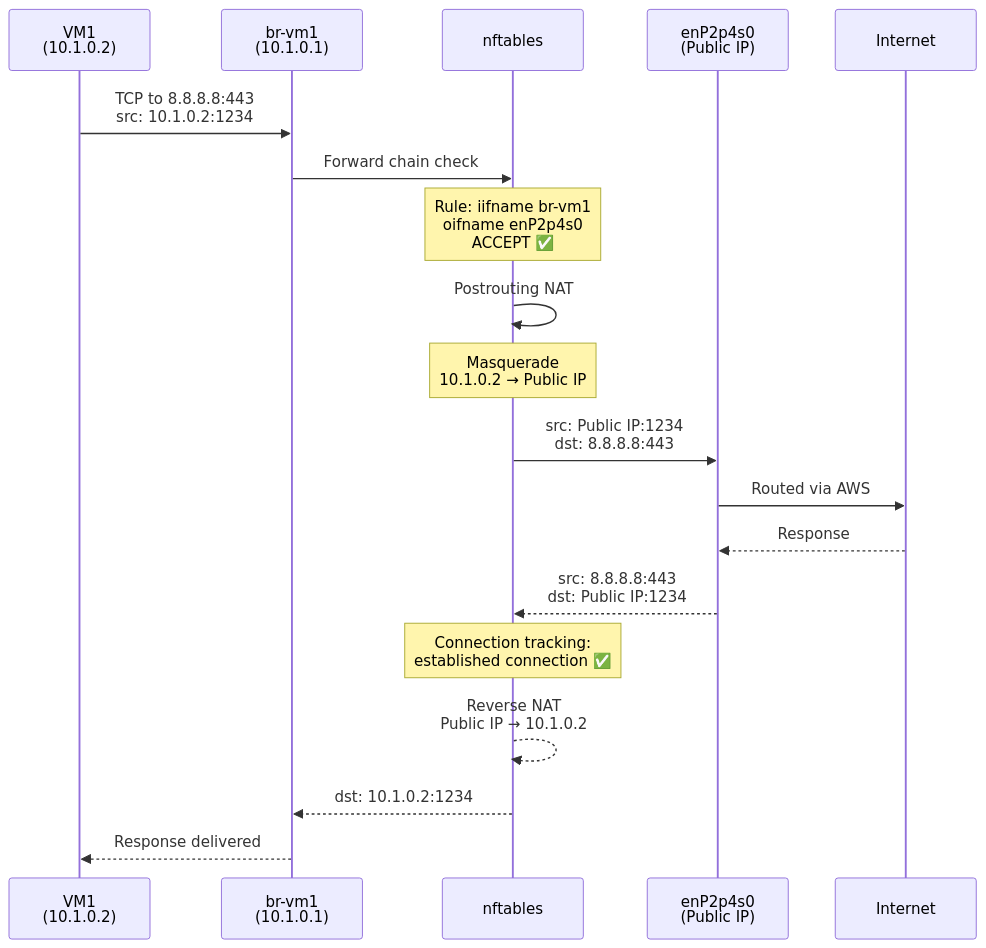
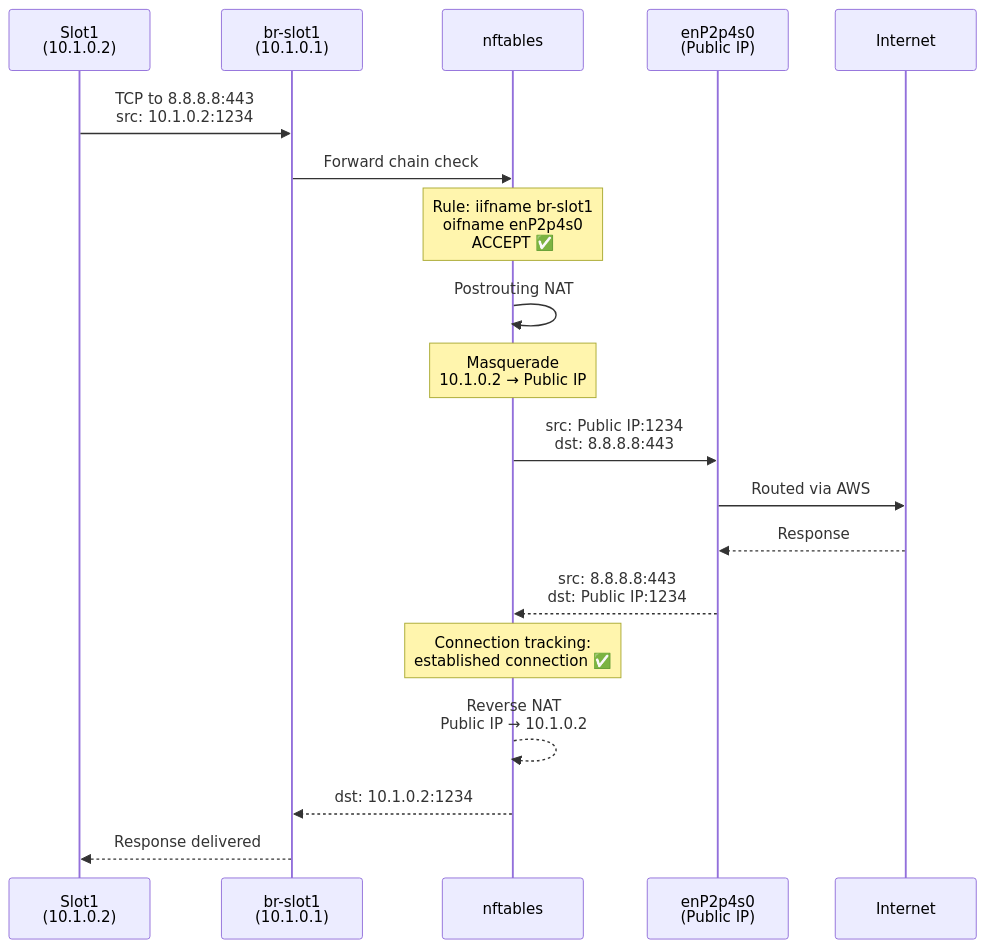
One commit to r33drichards/simple-microvm-infra changed the second of 15 diagrams in NETWORK-TOPOLOGY.md. Above: the diagram before and after it, drawn with Mermaid. The commit also changed other lines of this file and 3 other files, not shown here.

First line of the commit message:
Update documentation for portable state architecture

````diff
--- a/NETWORK-TOPOLOGY.md
+++ b/NETWORK-TOPOLOGY.md
@@ -133,22 +133,22 @@
 ```mermaid
 sequenceDiagram
-    participant VM1 as VM1<br/>(10.1.0.2)
-    participant GW as br-vm1<br/>(10.1.0.1)
+    participant Slot1 as Slot1<br/>(10.1.0.2)
+    participant GW as br-slot1<br/>(10.1.0.1)
     participant NFT as nftables
     participant WAN as enP2p4s0<br/>(Public IP)
     participant Internet
 
-    VM1->>GW: TCP to 8.8.8.8:443<br/>src: 10.1.0.2:1234
+    Slot1->>GW: TCP to 8.8.8.8:443<br/>src: 10.1.0.2:1234
     GW->>NFT: Forward chain check
-    Note over NFT: Rule: iifname br-vm1<br/>oifname enP2p4s0<br/>ACCEPT ✅
+    Note over NFT: Rule: iifname br-slot1<br/>oifname enP2p4s0<br/>ACCEPT ✅
     NFT->>NFT: Postrouting NAT
     Note over NFT: Masquerade<br/>10.1.0.2 → Public IP
     NFT->>WAN: src: Public IP:1234<br/>dst: 8.8.8.8:443
     WAN->>Internet: Routed via AWS
     Internet-->>WAN: Response
     WAN-->>NFT: src: 8.8.8.8:443<br/>dst: Public IP:1234
     Note over NFT: Connection tracking:<br/>established connection ✅
     NFT-->>NFT: Reverse NAT<br/>Public IP → 10.1.0.2
     NFT-->>GW: dst: 10.1.0.2:1234
-    GW-->>VM1: Response delivered
+    GW-->>Slot1: Response delivered
 ```
````
